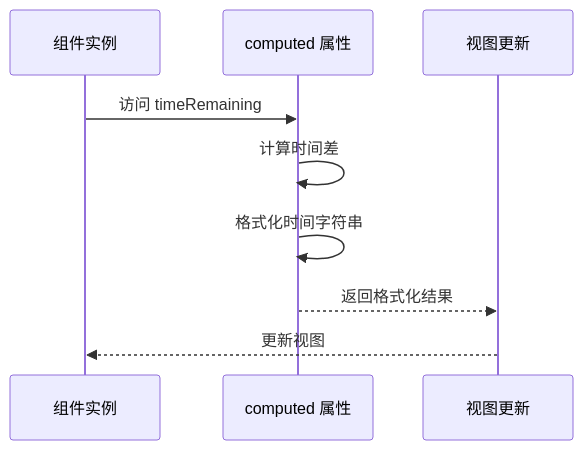
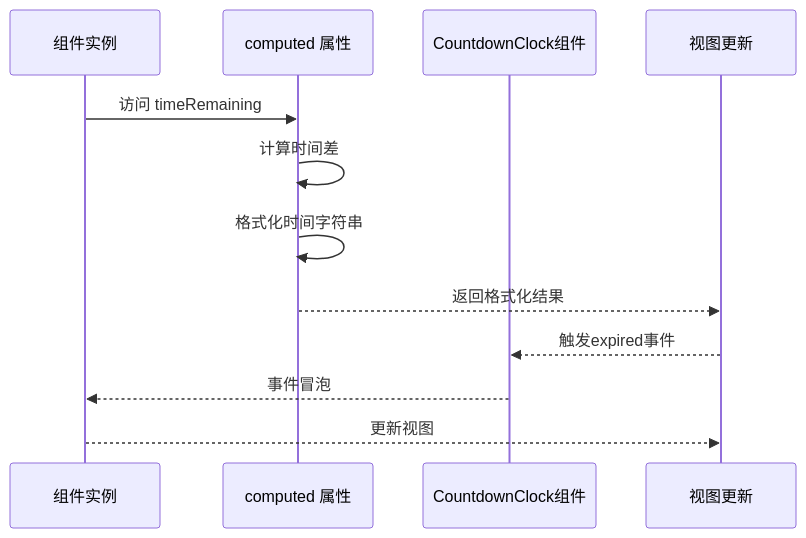
Before and after one commit to alexy2008/TimeCapsule: the sixth of 15 diagrams in .qoder/repowiki/zh/content/前端实现详解/Vue 3 实现/组件系统设计/CapsuleCard 胶囊卡片组件.md, drawn with Mermaid. The commit also changed other lines of this file and 22 other files, not shown here.

````diff
--- a/.qoder/repowiki/zh/content/前端实现详解/Vue 3 实现/组件系统设计/CapsuleCard 胶囊卡片组件.md
+++ b/.qoder/repowiki/zh/content/前端实现详解/Vue 3 实现/组件系统设计/CapsuleCard 胶囊卡片组件.md
@@ -231,11 +276,14 @@
 ```mermaid
 sequenceDiagram
 participant Comp as 组件实例
 participant Computed as computed 属性
+participant Countdown as CountdownClock组件
 participant DOM as 视图更新
 Comp->>Computed : 访问 timeRemaining
 Computed->>Computed : 计算时间差
 Computed->>Computed : 格式化时间字符串
 Computed-->>DOM : 返回格式化结果
-DOM-->>Comp : 更新视图
+DOM-->>Countdown : 触发expired事件
+Countdown-->>Comp : 事件冒泡
+Comp-->>DOM : 更新视图
 ```
````
